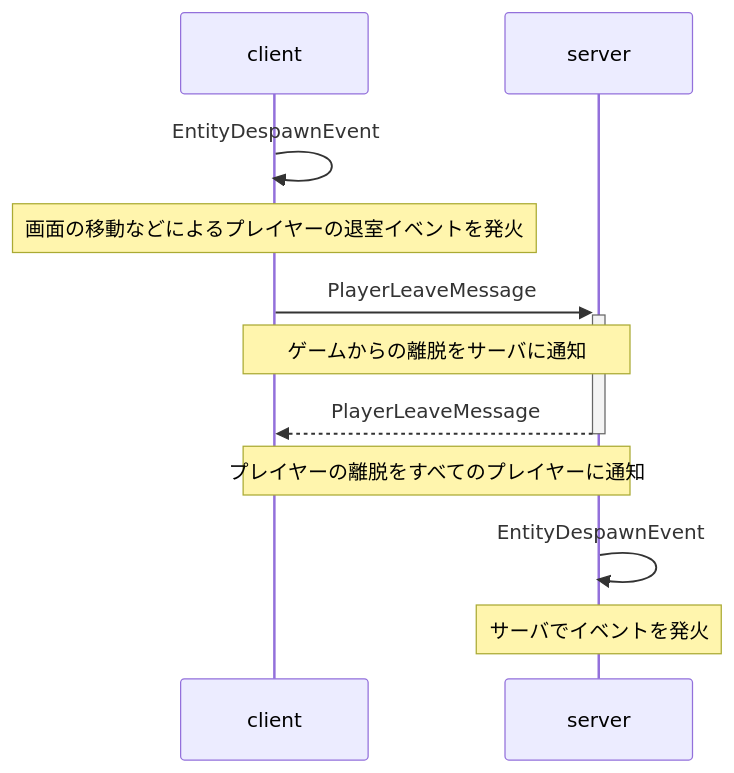
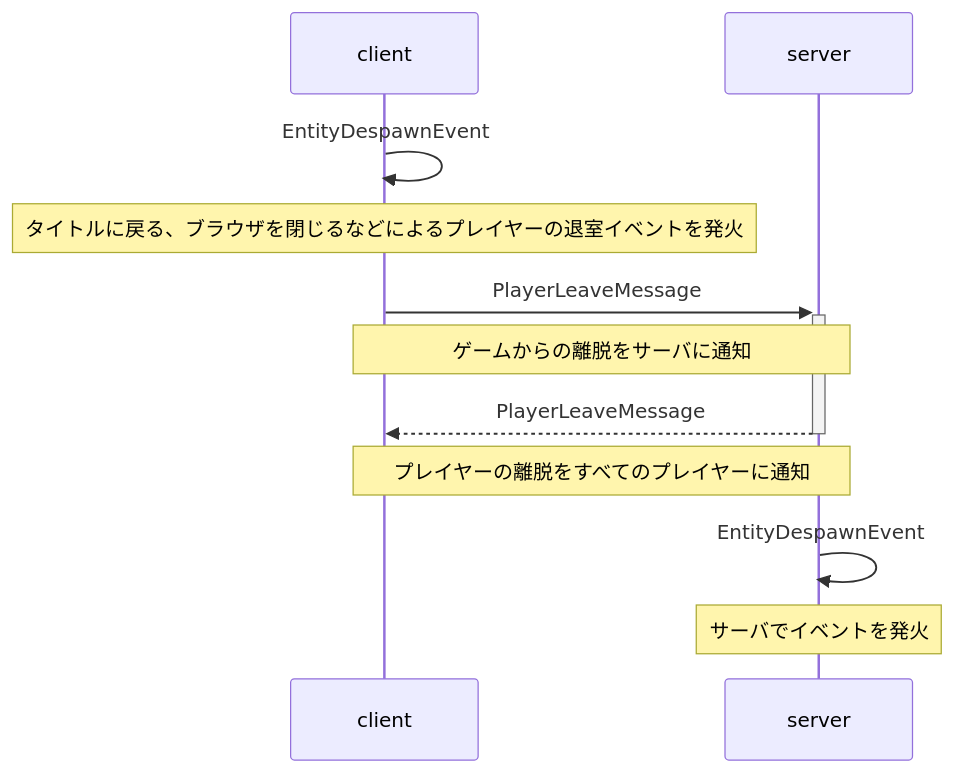
Before and after one commit to churadata/churaverse-plugins: the fourth of 5 diagrams in churaverse-plugins-client/src/gamePlugin/gameStartSequence.md, drawn with Mermaid. The commit also changed other lines of this file, not shown here.

Commit message:
イベント発火条件の文言を変更

````diff
--- a/churaverse-plugins-client/src/gamePlugin/gameStartSequence.md
+++ b/churaverse-plugins-client/src/gamePlugin/gameStartSequence.md
@@ -67,14 +67,14 @@
 ```mermaid
 sequenceDiagram
     client ->> client: EntityDespawnEvent
-    Note over client, client: 画面の移動などによるプレイヤーの退室イベントを発火
+    Note over client, client: タイトルに戻る、ブラウザを閉じるなどによるプレイヤーの退室イベントを発火
 
     client ->>+ server: PlayerLeaveMessage
     Note over client, server: ゲームからの離脱をサーバに通知
 
     server -->>- client: PlayerLeaveMessage
     Note over server, client: プレイヤーの離脱をすべてのプレイヤーに通知
 
     server ->> server: EntityDespawnEvent
     Note over server,server: サーバでイベントを発火
 ```
````
